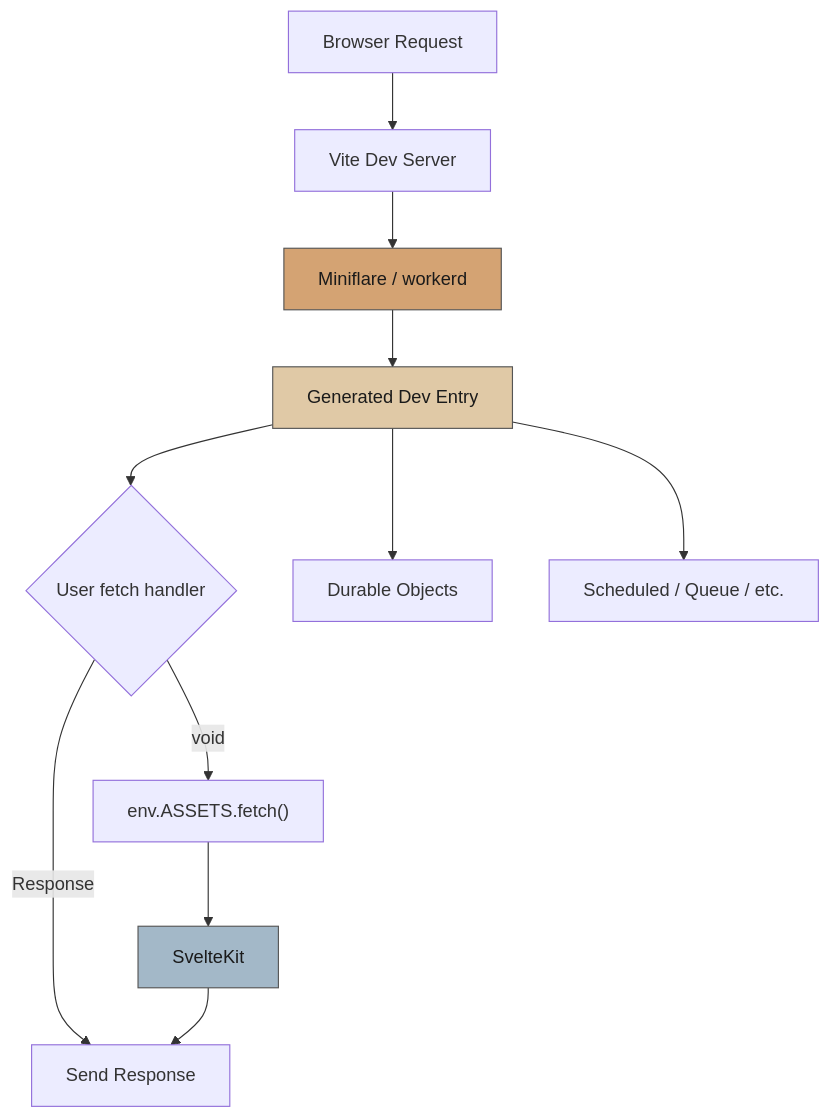
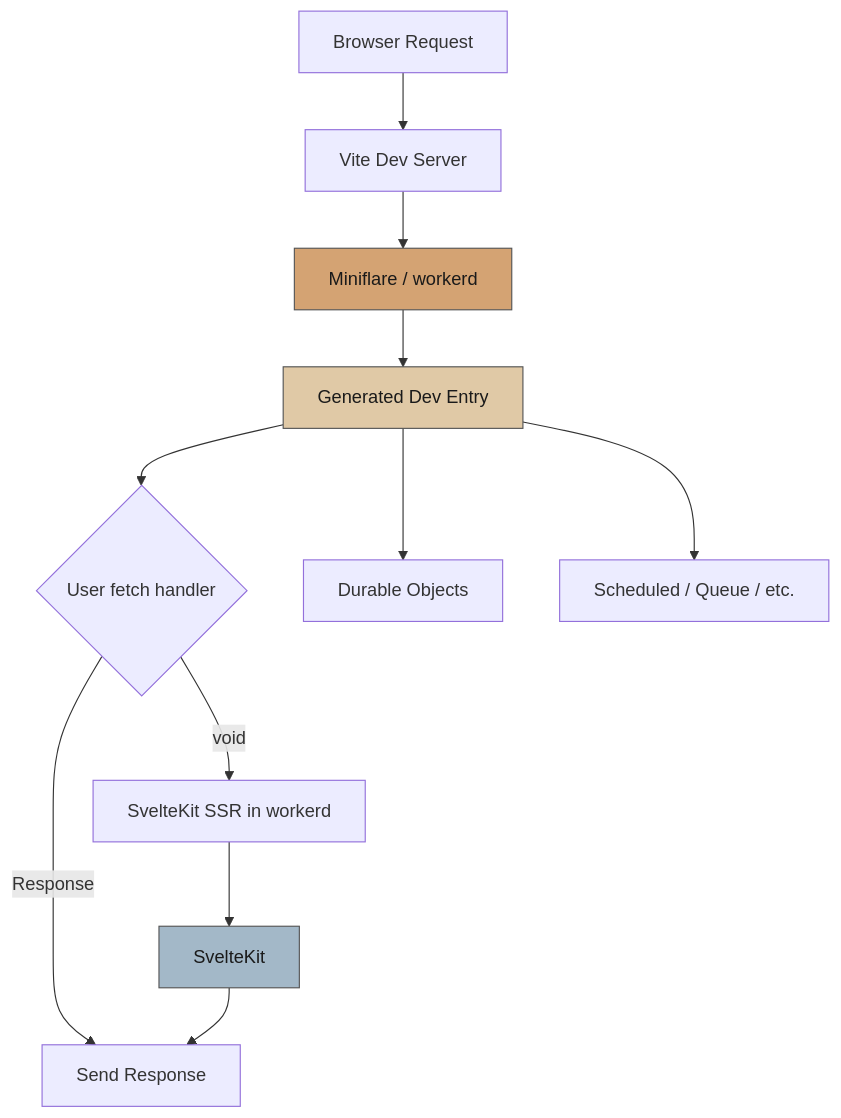
One commit to beynar/sveltekit-cloudflare-worker changed the first of 2 diagrams in README.md. Above: the diagram before and after it, drawn with Mermaid. The commit also changed other lines of this file and 37 other files, not shown here.

Commit message:
chore: checkpoint workerd ssr implementation

````diff
--- a/README.md
+++ b/README.md
@@ -240,18 +295,18 @@
 ```mermaid
 flowchart TD
     A[Browser Request] --> B[Vite Dev Server]
     B --> C[Miniflare / workerd]
     C --> D[Generated Dev Entry]
     D --> E{User fetch handler}
     E -->|Response| F[Send Response]
-    E -->|void| G["env.ASSETS.fetch()"]
+    E -->|void| G["SvelteKit SSR in workerd"]
     G --> H[SvelteKit]
     H --> F
 
     D --> I[Durable Objects]
     D --> J[Scheduled / Queue / etc.]
 
     style C fill:#d4a373,stroke:#555,color:#1a1a1a
     style D fill:#e0c9a6,stroke:#555,color:#1a1a1a
     style H fill:#a3b8c8,stroke:#555,color:#1a1a1a
 ```
````
